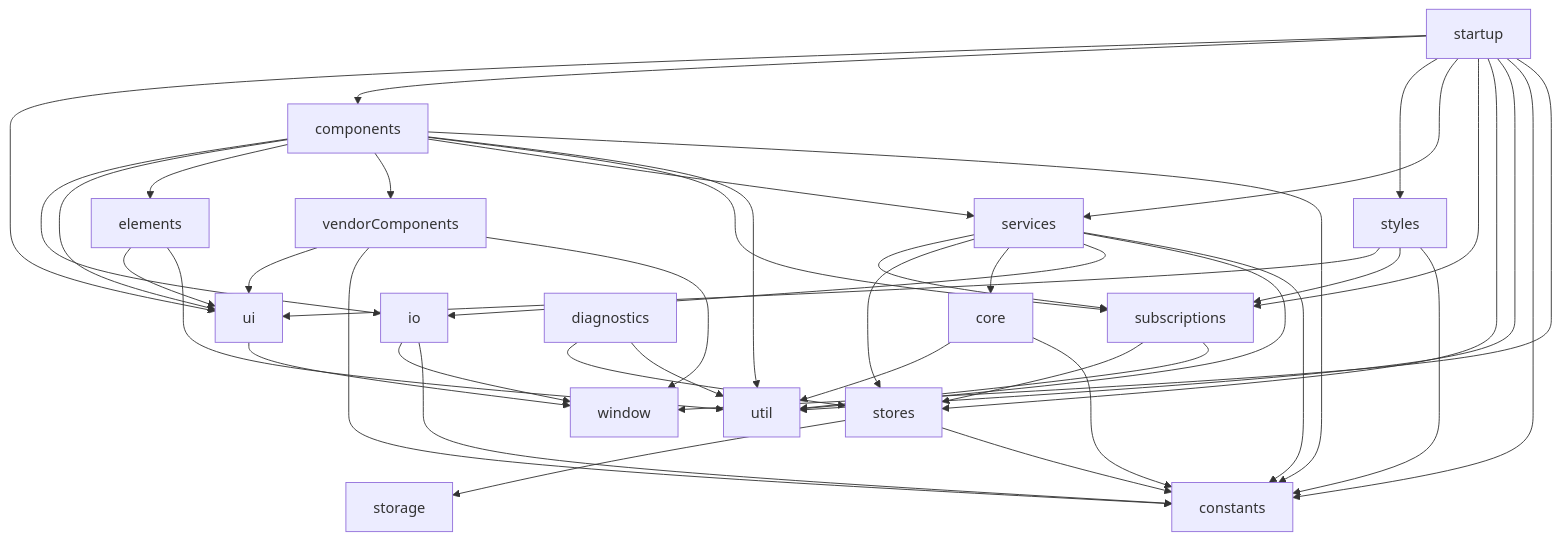
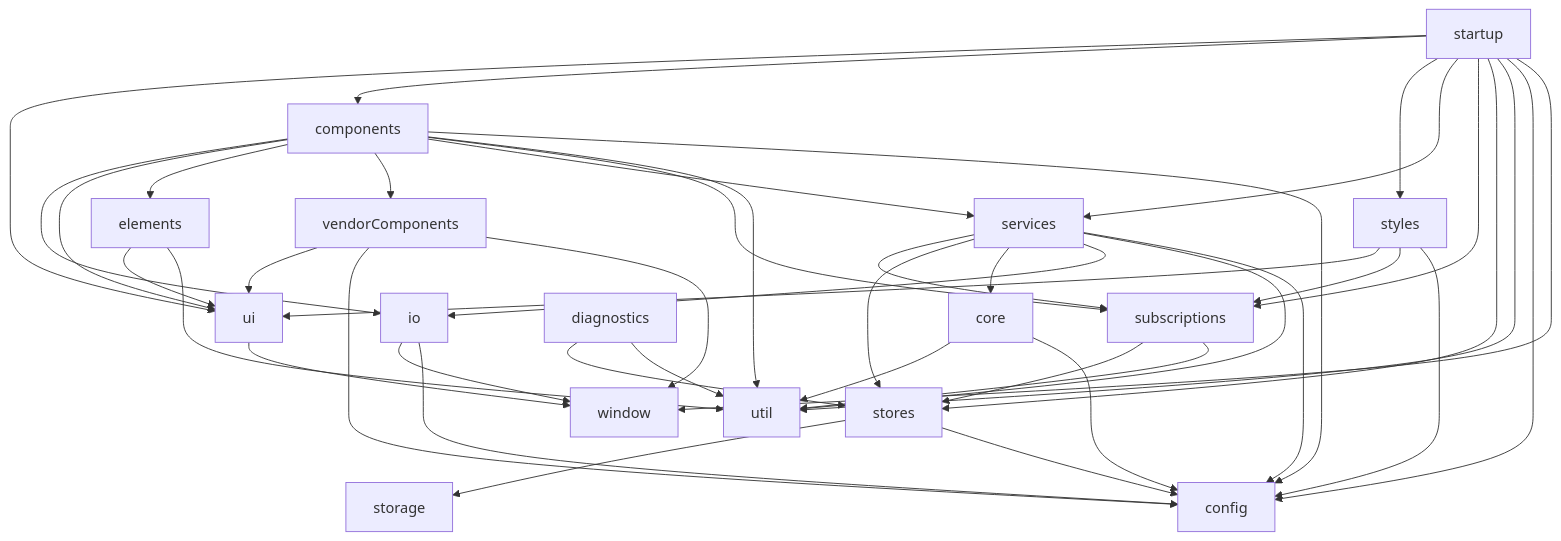
The fifth of 5 diagrams in README.md (mattriley/node-module-composer), drawn with Mermaid before and after one commit. The commit also changed other lines of this file and 2 other files, not shown here.

````diff
--- a/README.md
+++ b/README.md
@@ -523,45 +522,45 @@
 ```mermaid
 graph TD;
     components-->io;
     components-->ui;
     components-->elements;
     components-->vendorComponents;
     components-->services;
     components-->subscriptions;
     components-->util;
-    components-->constants;
+    components-->config;
     core-->util;
-    core-->constants;
+    core-->config;
     diagnostics-->stores;
     diagnostics-->util;
     elements-->ui;
     elements-->util;
     io-->window;
-    io-->constants;
+    io-->config;
     services-->subscriptions;
     services-->stores;
     services-->core;
     services-->io;
     services-->util;
-    services-->constants;
+    services-->config;
     startup-->ui;
     startup-->components;
     startup-->styles;
     startup-->services;
     startup-->subscriptions;
     startup-->stores;
     startup-->util;
-    startup-->constants;
+    startup-->config;
     startup-->window;
     stores-->storage;
-    stores-->constants;
+    stores-->config;
     styles-->ui;
     styles-->subscriptions;
-    styles-->constants;
+    styles-->config;
     subscriptions-->stores;
     subscriptions-->util;
     ui-->window;
     vendorComponents-->ui;
-    vendorComponents-->constants;
+    vendorComponents-->config;
     vendorComponents-->window;
 ```
````
